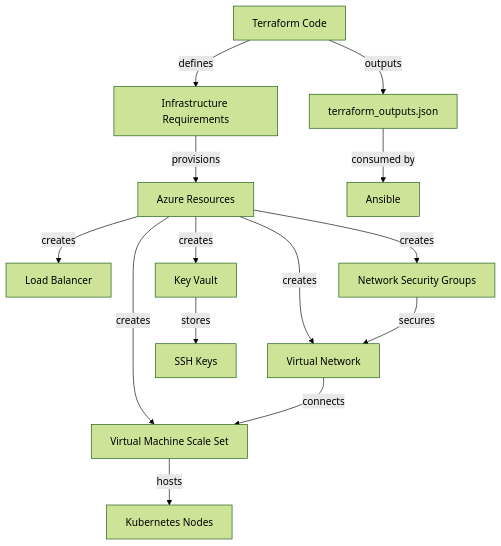
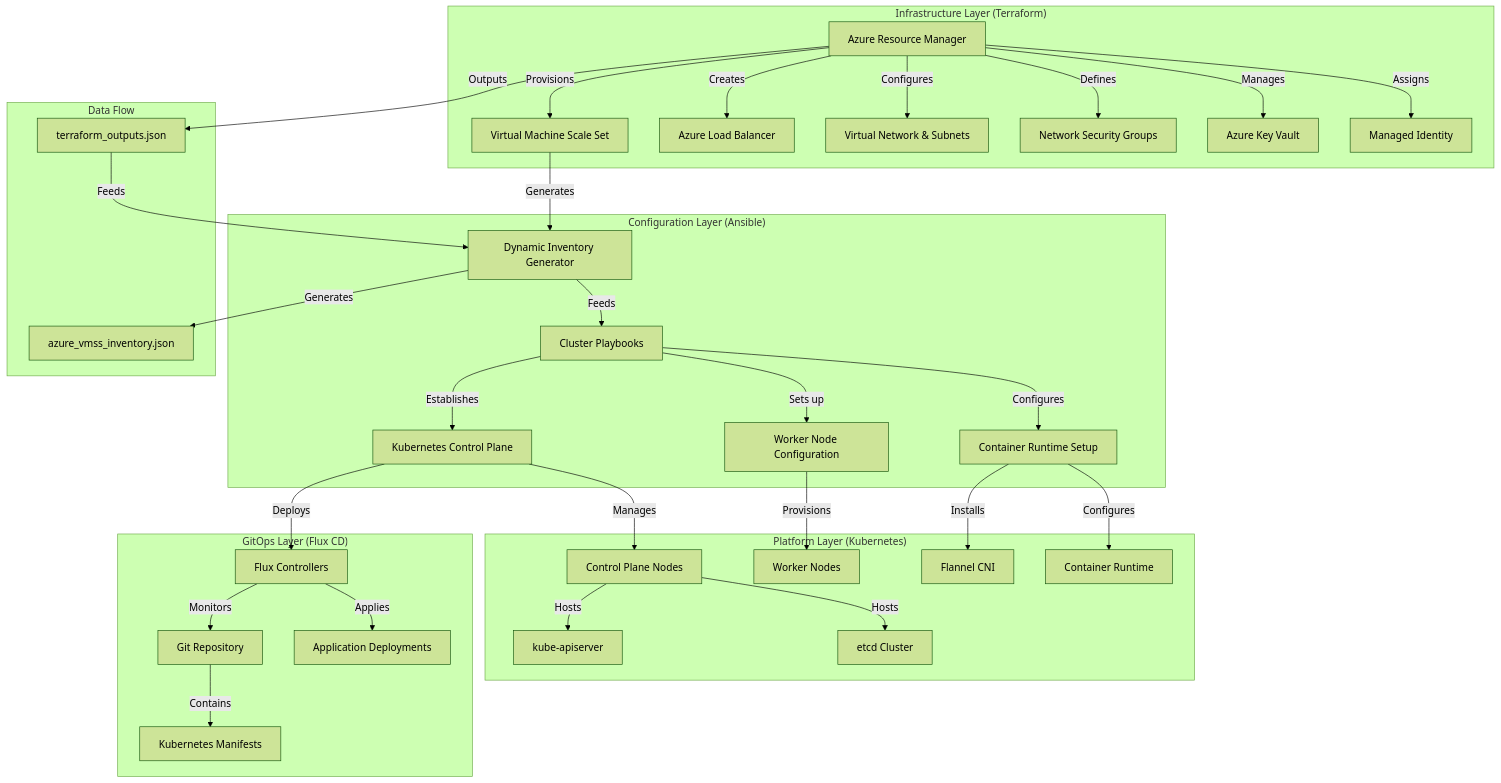
Before and after one commit to yungryce/azure_vmss_cluster: the first of 3 diagrams in ARCHITECTURE.md, drawn with Mermaid (forest theme). The commit also changed other lines of this file and 16 other files, not shown here.

````diff
--- a/ARCHITECTURE.md
+++ b/ARCHITECTURE.md
@@ -7,19 +11,70 @@
 ```mermaid
-graph TD
-    A[Terraform Code] -->|defines| B[Infrastructure Requirements]
-    B -->|provisions| C[Azure Resources]
+graph TB
+    subgraph "Infrastructure Layer (Terraform)"
+        A[Azure Resource Manager]
+        B[Virtual Machine Scale Set]
+        C[Azure Load Balancer]
+        D[Virtual Network & Subnets]
+        E[Network Security Groups]
+        F[Azure Key Vault]
+        G[Managed Identity]
+    end
     
-    C -->|creates| D[Virtual Machine Scale Set]
-    C -->|creates| E[Load Balancer]
-    C -->|creates| F[Virtual Network]
-    C -->|creates| G[Network Security Groups]
-    C -->|creates| H[Key Vault]
+    subgraph "Configuration Layer (Ansible)"
+        H[Dynamic Inventory Generator]
+        I[Cluster Playbooks]
+        J[Container Runtime Setup]
+        K[Kubernetes Control Plane]
+        L[Worker Node Configuration]
+    end
     
-    D -->|hosts| I[Kubernetes Nodes]
-    H -->|stores| J[SSH Keys]
-    F -->|connects| D
-    G -->|secures| F
+    subgraph "Platform Layer (Kubernetes)"
+        M[Control Plane Nodes]
+        N[Worker Nodes]
+        O[Flannel CNI]
+        P[Container Runtime]
+        Q[kube-apiserver]
+        R[etcd Cluster]
+    end
     
-    A -->|outputs| K[terraform_outputs.json]
-    K -->|consumed by| L[Ansible]
+    subgraph "GitOps Layer (Flux CD)"
+        S[Flux Controllers]
+        T[Git Repository]
+        U[Kubernetes Manifests]
+        V[Application Deployments]
+    end
+    
+    A -->|Provisions| B
+    A -->|Creates| C
+    A -->|Configures| D
+    A -->|Defines| E
+    A -->|Manages| F
+    A -->|Assigns| G
+    
+    B -->|Generates| H
+    H -->|Feeds| I
+    I -->|Configures| J
+    I -->|Establishes| K
+    I -->|Sets up| L
+    
+    K -->|Manages| M
+    L -->|Provisions| N
+    J -->|Installs| O
+    J -->|Configures| P
+    M -->|Hosts| Q
+    M -->|Hosts| R
+    
+    K -->|Deploys| S
+    S -->|Monitors| T
+    T -->|Contains| U
+    S -->|Applies| V
+    
+    subgraph "Data Flow"
+        X[terraform_outputs.json] 
+        Y[azure_vmss_inventory.json]
+    end
+    
+    A -->|Outputs| X
+    X -->|Feeds| H
+    H -->|Generates| Y
 ```
````
